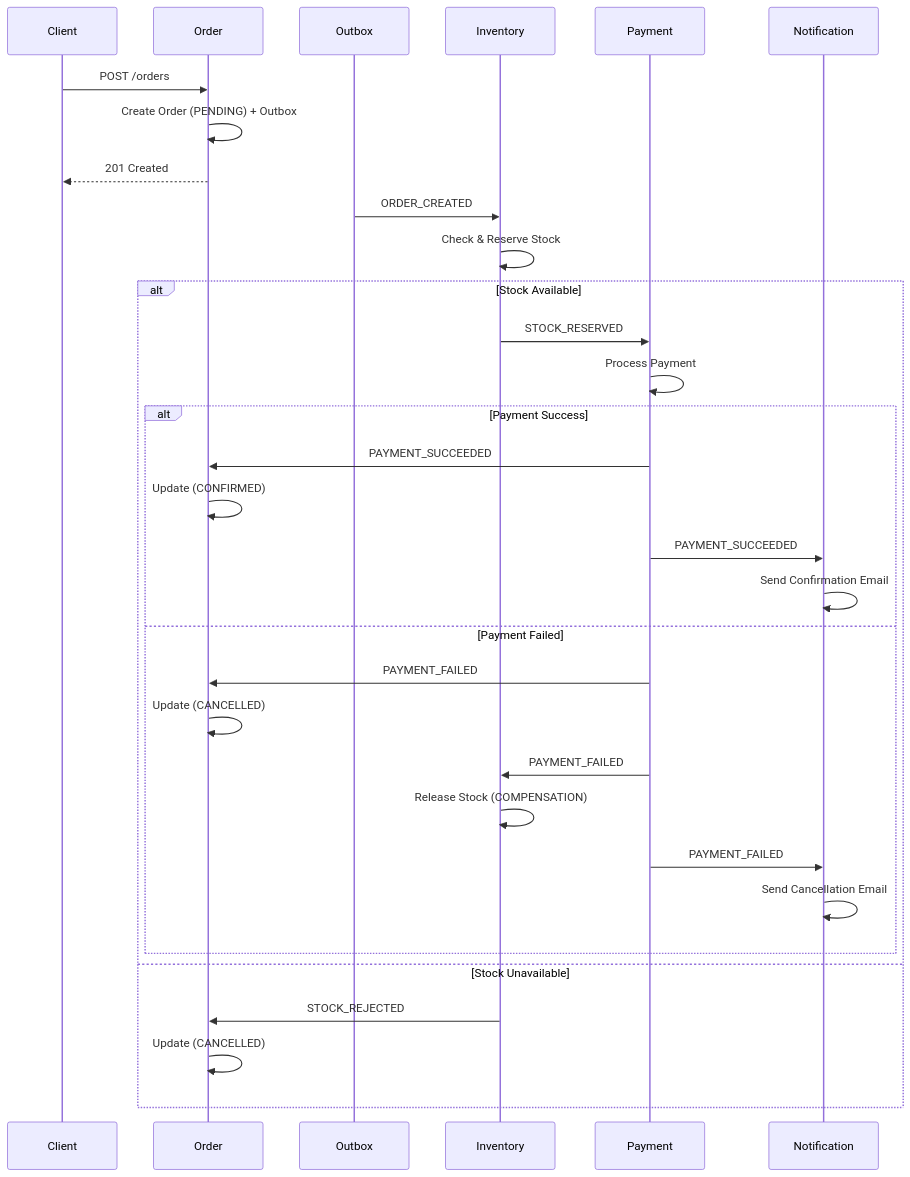
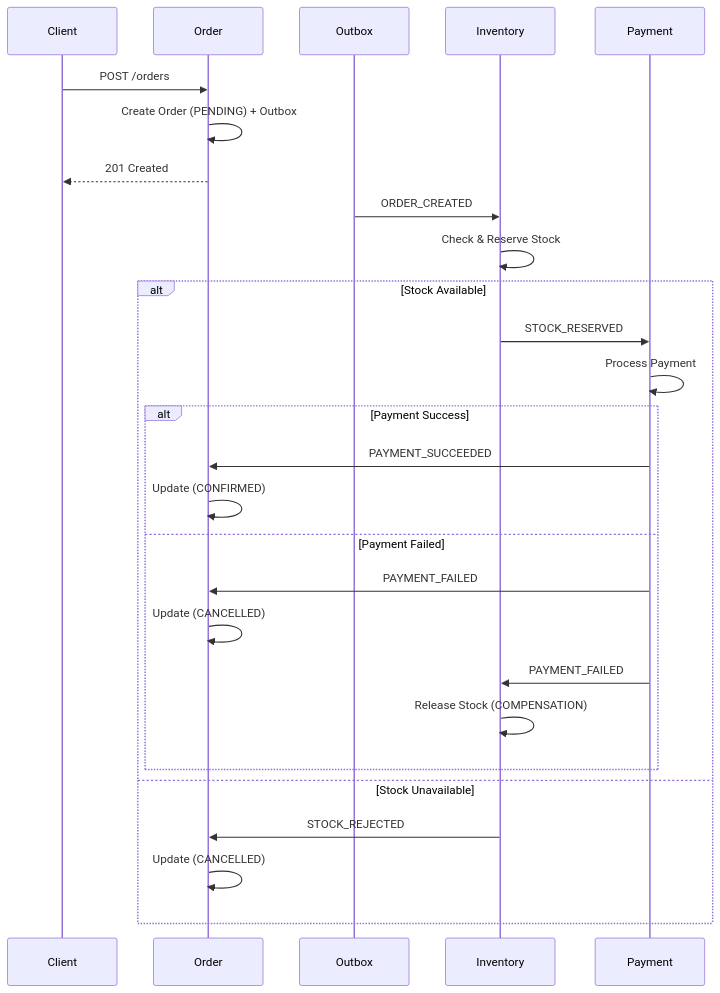
Before and after one commit to KinasTomes/em-project: the diagram in docs/WEEK3_PLAN.md, drawn with Mermaid. The commit also changed other lines of this file and 3 other files, not shown here.

````diff
--- a/docs/WEEK3_PLAN.md
+++ b/docs/WEEK3_PLAN.md
@@ -221,36 +212,31 @@
 ```mermaid
 sequenceDiagram
     participant Client
     participant Order
     participant Outbox
     participant Inventory
     participant Payment
-    participant Notification
 
     Client->>Order: POST /orders
     Order->>Order: Create Order (PENDING) + Outbox
     Order-->>Client: 201 Created
 
     Outbox->>Inventory: ORDER_CREATED
     Inventory->>Inventory: Check & Reserve Stock
     alt Stock Available
         Inventory->>Payment: STOCK_RESERVED
         Payment->>Payment: Process Payment
         alt Payment Success
             Payment->>Order: PAYMENT_SUCCEEDED
             Order->>Order: Update (CONFIRMED)
-            Payment->>Notification: PAYMENT_SUCCEEDED
-            Notification->>Notification: Send Confirmation Email
         else Payment Failed
             Payment->>Order: PAYMENT_FAILED
             Order->>Order: Update (CANCELLED)
             Payment->>Inventory: PAYMENT_FAILED
             Inventory->>Inventory: Release Stock (COMPENSATION)
-            Payment->>Notification: PAYMENT_FAILED
-            Notification->>Notification: Send Cancellation Email
         end
     else Stock Unavailable
         Inventory->>Order: STOCK_REJECTED
         Order->>Order: Update (CANCELLED)
     end
 ```
````
